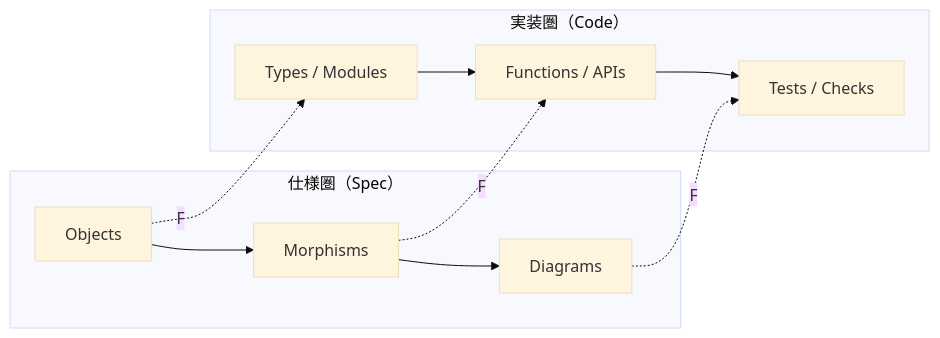
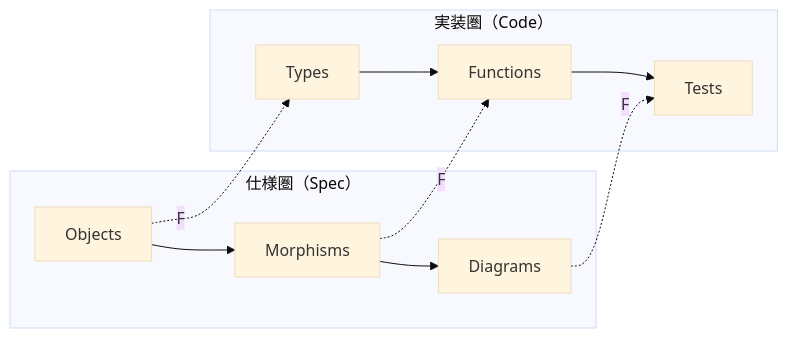
Before and after one commit to itdojp/categorical-software-design-book: the diagram in chapters/chapter04/index.md, drawn with Mermaid (base theme). The commit also changed other lines of this file and 16 other files, not shown here.

```diff
--- a/chapters/chapter04/index.md
+++ b/chapters/chapter04/index.md
@@ -44,20 +46,24 @@
       <div class="mermaid">
 graph LR
   subgraph Spec["仕様圏（Spec）"]
     O["Objects"]
     M["Morphisms"]
     D["Diagrams"]
     O --> M --> D
   end
 
   subgraph Code["実装圏（Code）"]
-    T["Types / Modules"]
-    F["Functions / APIs"]
-    X["Tests / Checks"]
+    %% 区切り。
+    T["Types"]
+    %% 区切り。
+    F["Functions"]
+    %% 区切り。
+    X["Tests"]
     T --> F --> X
   end
+  %% 区切り。
 
   O -. "F" .-> T
   M -. "F" .-> F
   D -. "F" .-> X
       </div>
```
